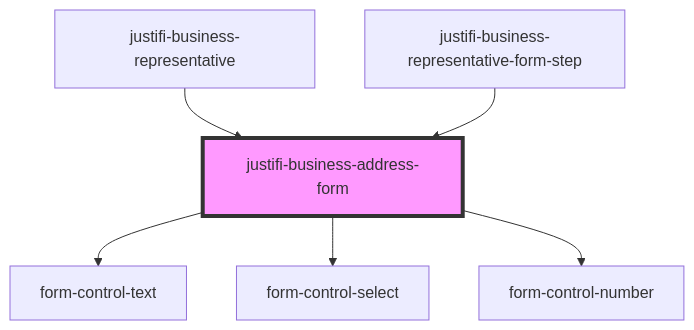
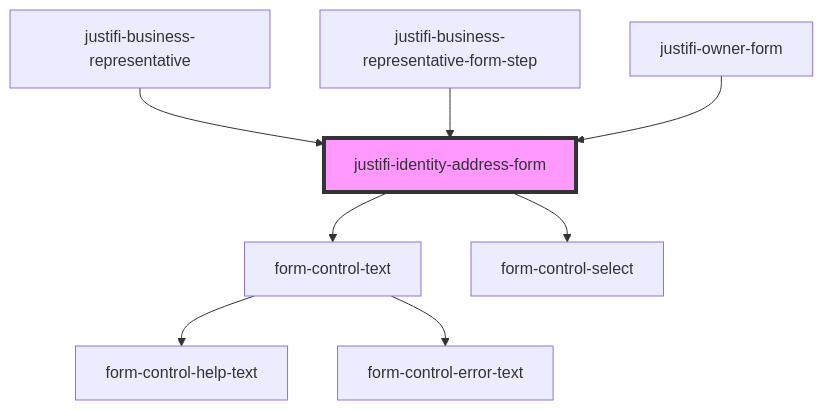
The diagram in packages/webcomponents/src/components/business-forms/owner-form/identity-address/readme.md (justifi-tech/web-component-library), drawn with Mermaid before and after one commit. The commit also changed other lines of this file and 32 other files, not shown here.

````diff
--- a/packages/webcomponents/src/components/business-forms/owner-form/identity-address/readme.md
+++ b/packages/webcomponents/src/components/business-forms/owner-form/identity-address/readme.md
@@ -31,9 +31,11 @@
 ```mermaid
 graph TD;
-  justifi-business-address-form --> form-control-text
-  justifi-business-address-form --> form-control-select
-  justifi-business-address-form --> form-control-number
-  justifi-business-representative --> justifi-business-address-form
-  justifi-business-representative-form-step --> justifi-business-address-form
-  style justifi-business-address-form fill:#f9f,stroke:#333,stroke-width:4px
+  justifi-identity-address-form --> form-control-text
+  justifi-identity-address-form --> form-control-select
+  form-control-text --> form-control-help-text
+  form-control-text --> form-control-error-text
+  justifi-business-representative --> justifi-identity-address-form
+  justifi-business-representative-form-step --> justifi-identity-address-form
+  justifi-owner-form --> justifi-identity-address-form
+  style justifi-identity-address-form fill:#f9f,stroke:#333,stroke-width:4px
 ```
````
